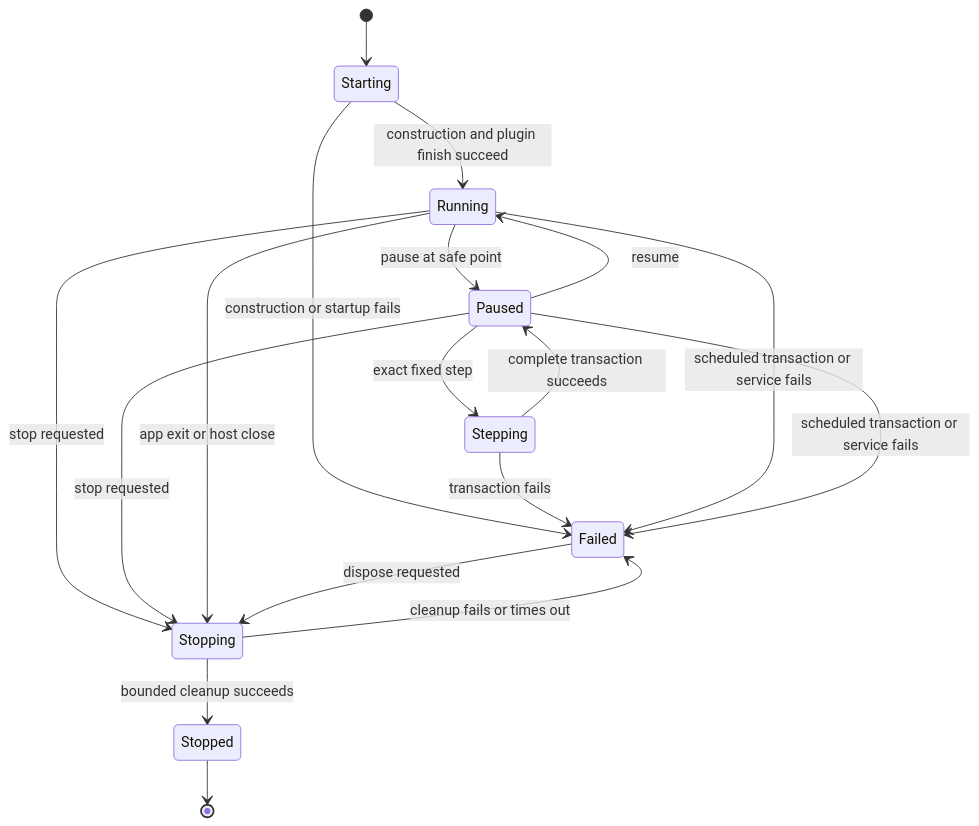
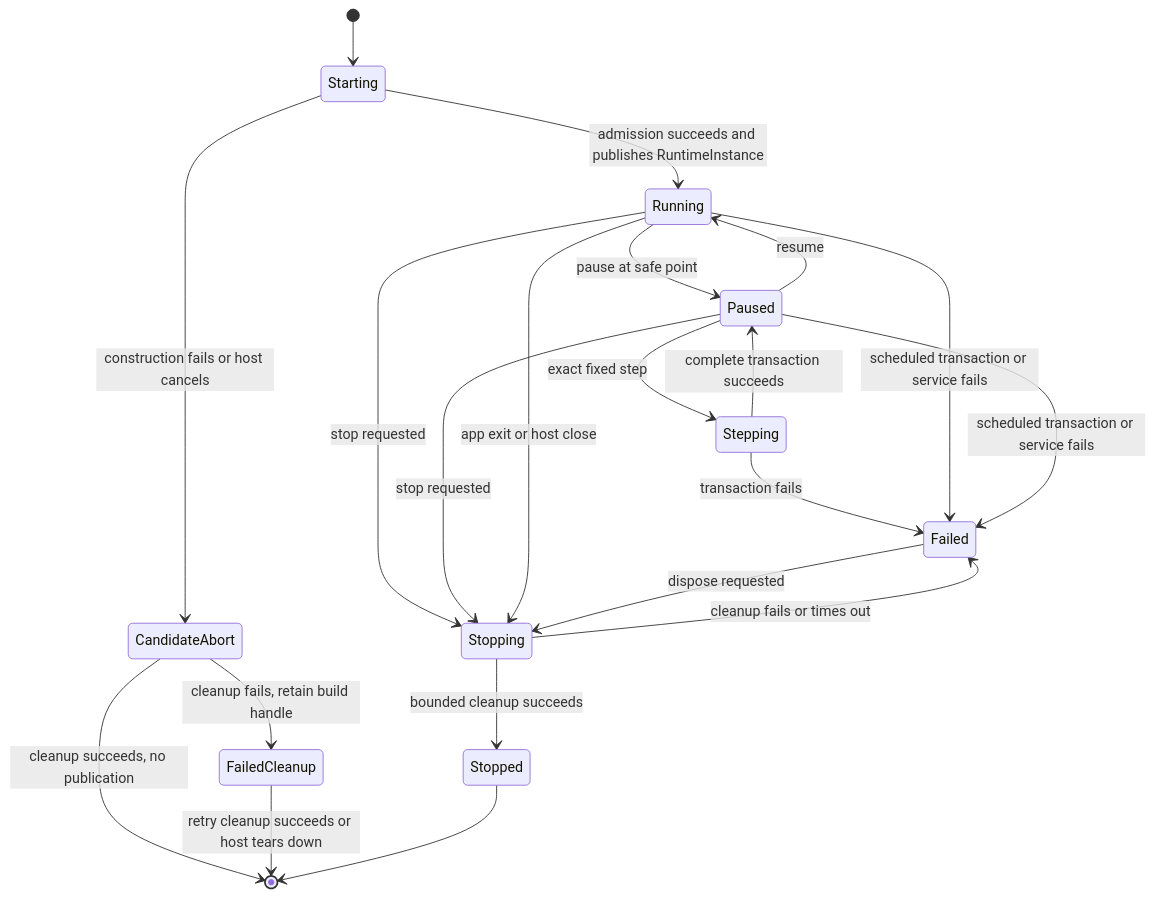
The sixth of 7 diagrams in docs/plans/2026-07-12-001-refactor-reference-game-driven-foundation-plan.md (Latias94/nara), drawn with Mermaid before and after one commit. The commit also changed other lines of this file, not shown here.

````diff
--- a/docs/plans/2026-07-12-001-refactor-reference-game-driven-foundation-plan.md
+++ b/docs/plans/2026-07-12-001-refactor-reference-game-driven-foundation-plan.md
@@ -215,20 +305,23 @@
 ```mermaid
 stateDiagram-v2
     [*] --> Starting
-    Starting --> Running: construction and plugin finish succeed
-    Starting --> Failed: construction or startup fails
+    Starting --> Running: admission succeeds and publishes RuntimeInstance
+    Starting --> CandidateAbort: construction fails or host cancels
+    CandidateAbort --> [*]: cleanup succeeds, no publication
+    CandidateAbort --> FailedCleanup: cleanup fails, retain build handle
+    FailedCleanup --> [*]: retry cleanup succeeds or host tears down
     Running --> Paused: pause at safe point
     Paused --> Running: resume
     Paused --> Stepping: exact fixed step
     Stepping --> Paused: complete transaction succeeds
     Stepping --> Failed: transaction fails
     Running --> Failed: scheduled transaction or service fails
     Paused --> Failed: scheduled transaction or service fails
     Running --> Stopping: stop requested
     Paused --> Stopping: stop requested
     Running --> Stopping: app exit or host close
     Failed --> Stopping: dispose requested
     Stopping --> Stopped: bounded cleanup succeeds
     Stopping --> Failed: cleanup fails or times out
     Stopped --> [*]
 ```
````
